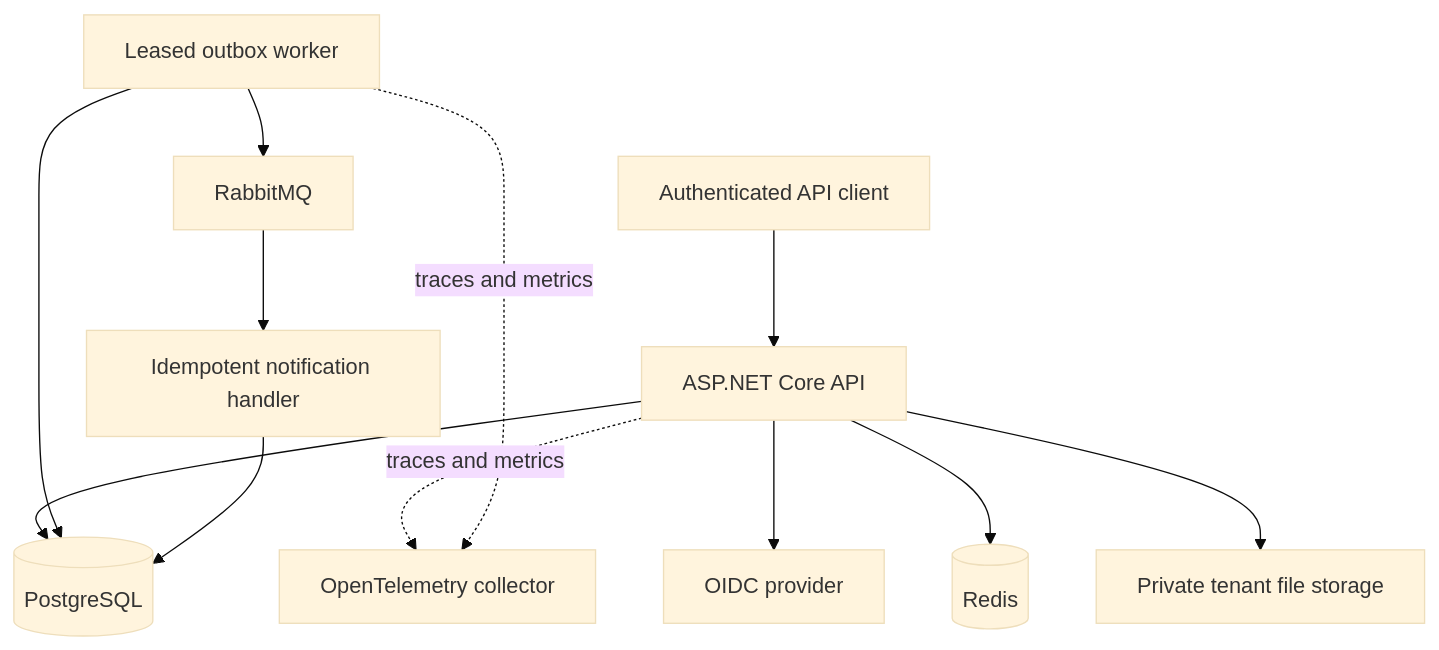
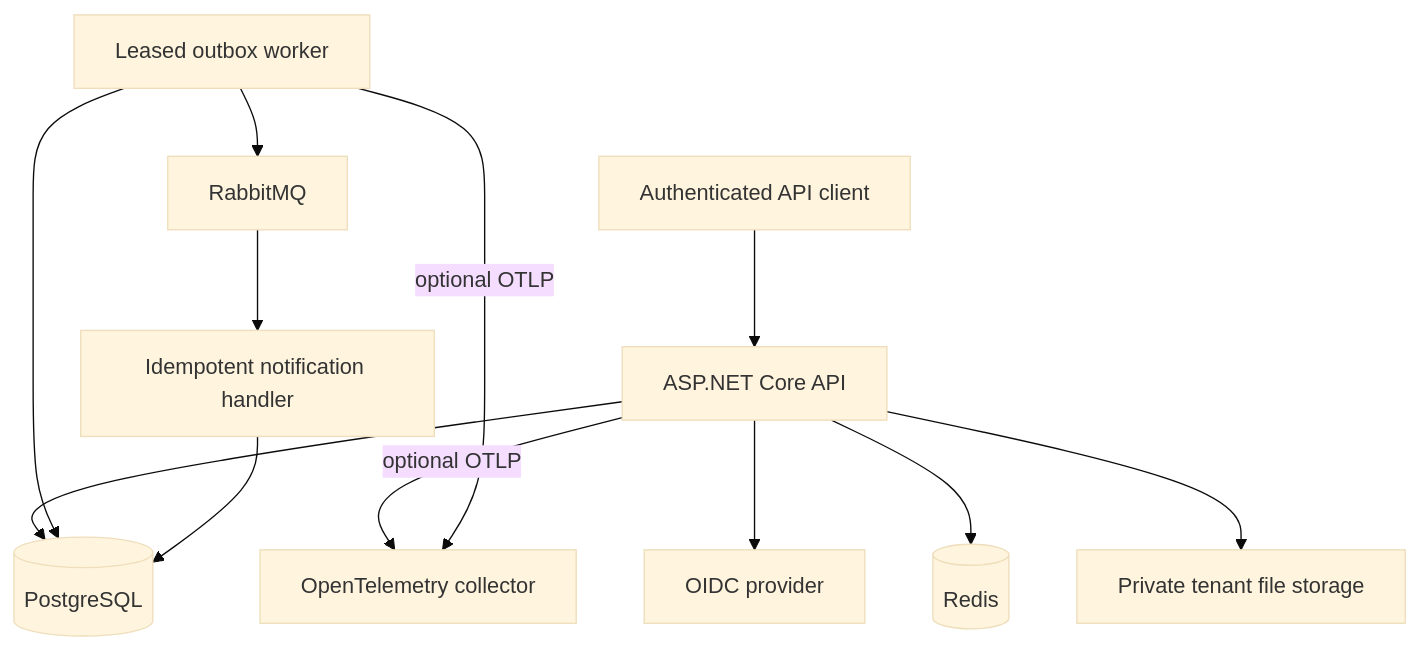
One commit to adnanjalloh/WorkOps.Platform changed the first of 4 diagrams in docs/architecture.md. Above: the diagram before and after it, drawn with Mermaid (base theme). The commit also changed other lines of this file and 9 other files, not shown here.

````diff
--- a/docs/architecture.md
+++ b/docs/architecture.md
@@ -25,14 +25,14 @@
 ```mermaid
 flowchart TB
     User["Authenticated API client"] --> Api["ASP.NET Core API"]
     Api --> Oidc["OIDC provider"]
     Api --> Db[("PostgreSQL")]
     Api --> Cache[("Redis")]
     Api --> Files["Private tenant file storage"]
     Worker["Leased outbox worker"] --> Db
     Worker --> Broker["RabbitMQ"]
     Broker --> Notifications["Idempotent notification handler"]
     Notifications --> Db
-    Api -. traces and metrics .-> Telemetry["OpenTelemetry collector"]
-    Worker -. traces and metrics .-> Telemetry
+    Api -- optional OTLP --> Telemetry["OpenTelemetry collector"]
+    Worker -- optional OTLP --> Telemetry
 ```
````
